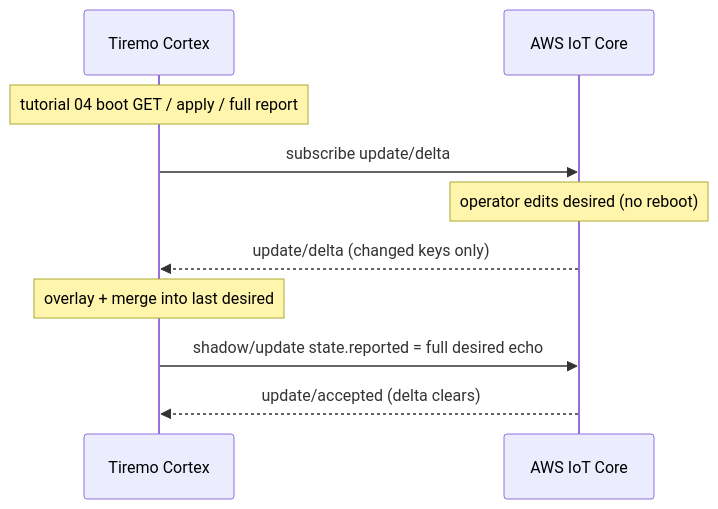
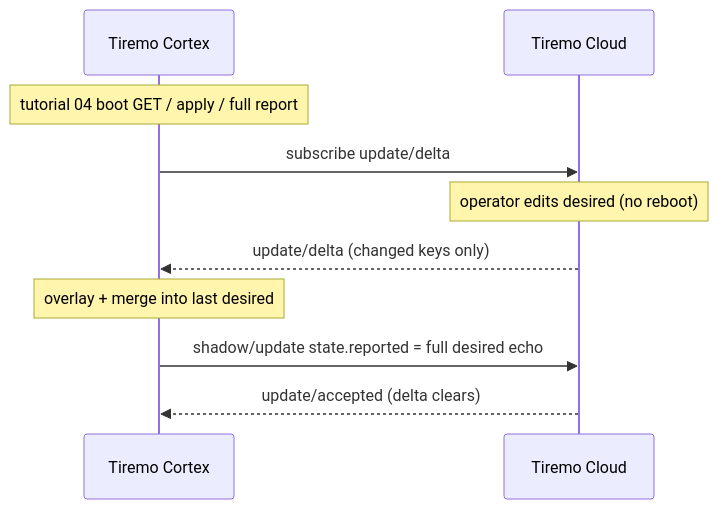
The first of 2 diagrams in Tiremo_Cloud/Feature_Tutorials/05-Live_Shadow_Delta_Handling/README.md (Empa-Electronics/Tiremo-Cortex-Tutorials), drawn with Mermaid before and after one commit. The commit also changed other lines of this file and 113 other files, not shown here.

````diff
--- a/Tiremo_Cloud/Feature_Tutorials/05-Live_Shadow_Delta_Handling/README.md
+++ b/Tiremo_Cloud/Feature_Tutorials/05-Live_Shadow_Delta_Handling/README.md
@@ -41,13 +41,13 @@
 ```mermaid
 sequenceDiagram
     participant Board as Tiremo Cortex
-    participant AWS as AWS IoT Core
+    participant Cloud as Tiremo Cloud
 
     Note over Board: tutorial 04 boot GET / apply / full report
-    Board->>AWS: subscribe update/delta
-    Note over AWS: operator edits desired (no reboot)
-    AWS-->>Board: update/delta (changed keys only)
+    Board->>Cloud: subscribe update/delta
+    Note over Cloud: operator edits desired (no reboot)
+    Cloud-->>Board: update/delta (changed keys only)
     Note over Board: overlay + merge into last desired
-    Board->>AWS: shadow/update state.reported = full desired echo
-    AWS-->>Board: update/accepted (delta clears)
+    Board->>Cloud: shadow/update state.reported = full desired echo
+    Cloud-->>Board: update/accepted (delta clears)
 ```
````
